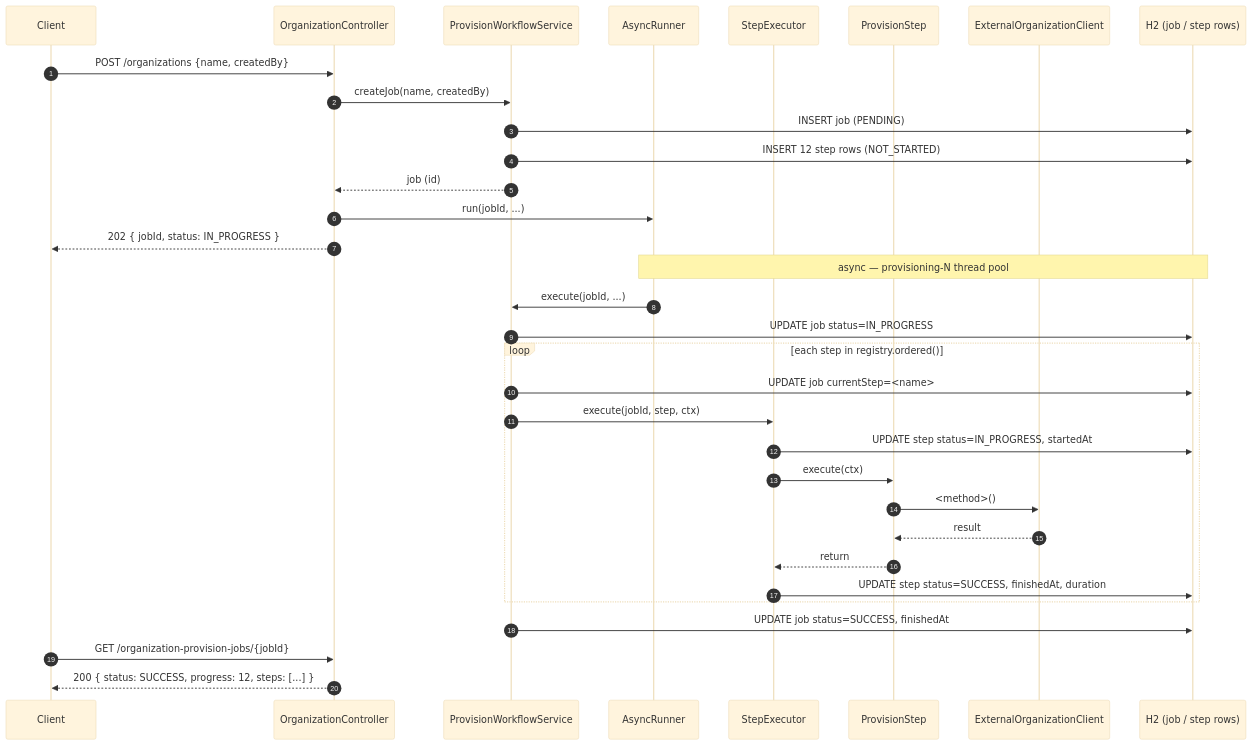
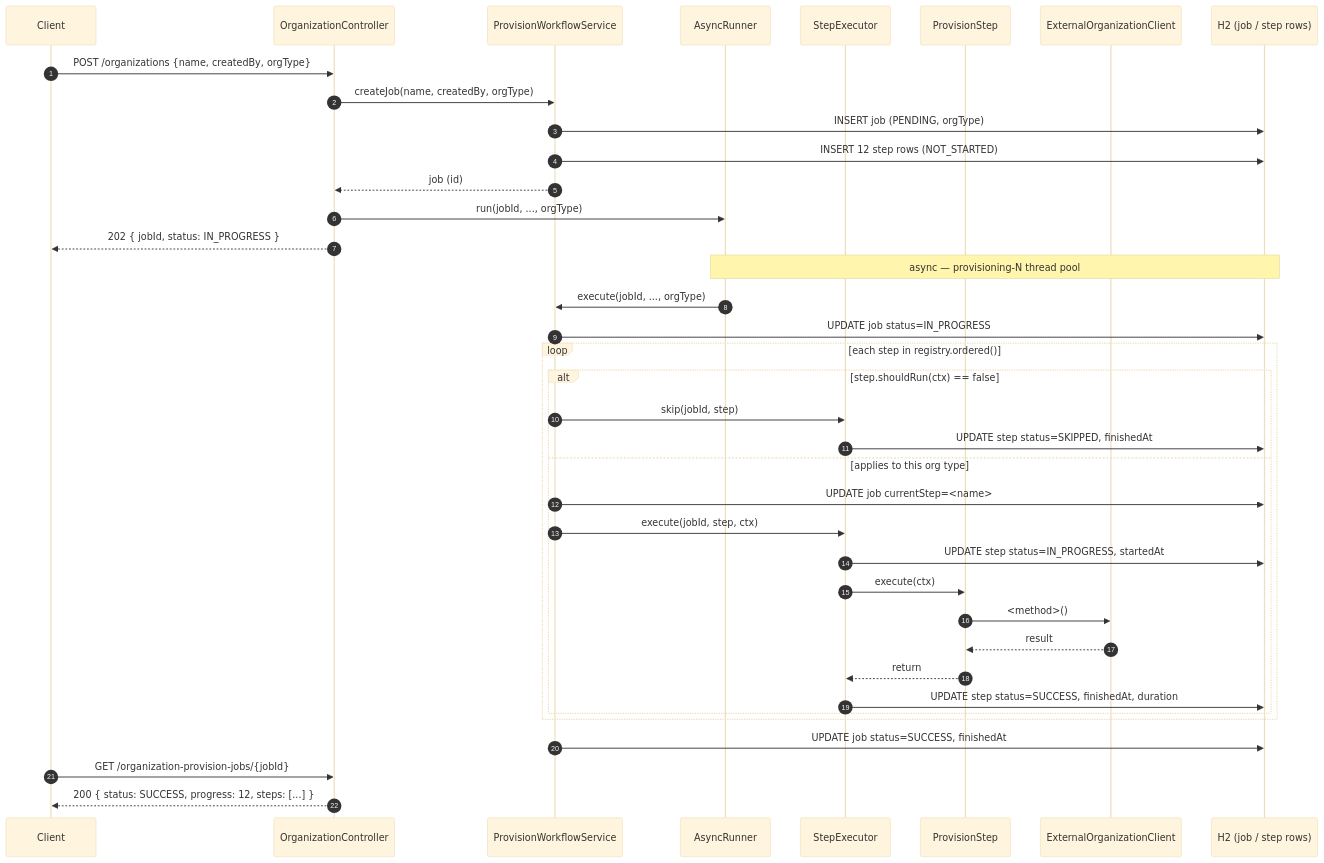
The third of 7 diagrams in docs/diagrams.md (bora-arch/create-org-poc), drawn with Mermaid (base theme) before and after one commit. The commit also changed other lines of this file and 23 other files, not shown here.

First line of the commit message:
Drive step skipping by orgType + default_config.json profiles

````diff
--- a/docs/diagrams.md
+++ b/docs/diagrams.md
@@ -150,39 +159,44 @@
 ```mermaid
 sequenceDiagram
     autonumber
     participant Client
     participant OC as OrganizationController
     participant WS as ProvisionWorkflowService
     participant AR as AsyncRunner
     participant SE as StepExecutor
     participant Step as ProvisionStep
     participant Ext as ExternalOrganizationClient
     participant DB as H2 (job / step rows)
 
-    Client->>OC: POST /organizations {name, createdBy}
-    OC->>WS: createJob(name, createdBy)
-    WS->>DB: INSERT job (PENDING)
+    Client->>OC: POST /organizations {name, createdBy, orgType}
+    OC->>WS: createJob(name, createdBy, orgType)
+    WS->>DB: INSERT job (PENDING, orgType)
     WS->>DB: INSERT 12 step rows (NOT_STARTED)
     WS-->>OC: job (id)
-    OC->>AR: run(jobId, ...)
+    OC->>AR: run(jobId, ..., orgType)
     OC-->>Client: 202 { jobId, status: IN_PROGRESS }
 
     Note over AR,DB: async — provisioning-N thread pool
 
-    AR->>WS: execute(jobId, ...)
+    AR->>WS: execute(jobId, ..., orgType)
     WS->>DB: UPDATE job status=IN_PROGRESS
     loop each step in registry.ordered()
-        WS->>DB: UPDATE job currentStep=<name>
-        WS->>SE: execute(jobId, step, ctx)
-        SE->>DB: UPDATE step status=IN_PROGRESS, startedAt
-        SE->>Step: execute(ctx)
-        Step->>Ext: <method>()
-        Ext-->>Step: result
-        Step-->>SE: return
-        SE->>DB: UPDATE step status=SUCCESS, finishedAt, duration
+        alt step.shouldRun(ctx) == false
+            WS->>SE: skip(jobId, step)
+            SE->>DB: UPDATE step status=SKIPPED, finishedAt
+        else applies to this org type
+            WS->>DB: UPDATE job currentStep=<name>
+            WS->>SE: execute(jobId, step, ctx)
+            SE->>DB: UPDATE step status=IN_PROGRESS, startedAt
+            SE->>Step: execute(ctx)
+            Step->>Ext: <method>()
+            Ext-->>Step: result
+            Step-->>SE: return
+            SE->>DB: UPDATE step status=SUCCESS, finishedAt, duration
+        end
     end
     WS->>DB: UPDATE job status=SUCCESS, finishedAt
 
     Client->>OC: GET /organization-provision-jobs/{jobId}
     OC-->>Client: 200 { status: SUCCESS, progress: 12, steps: [...] }
 ```
````
